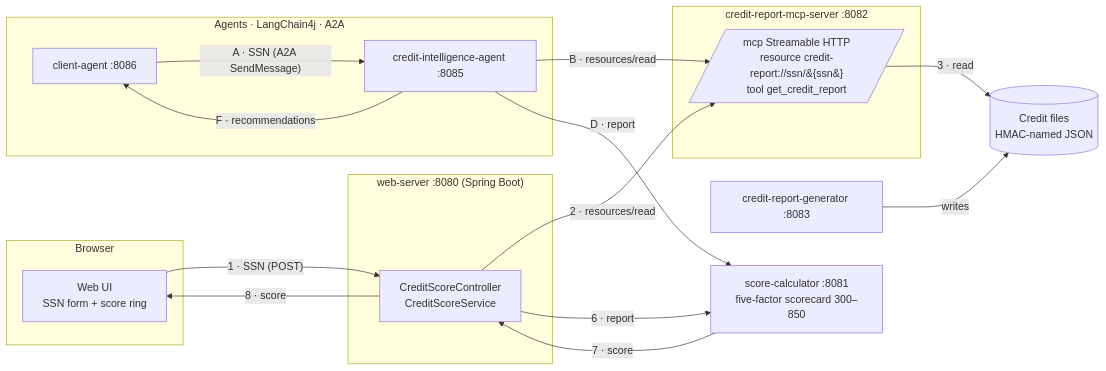
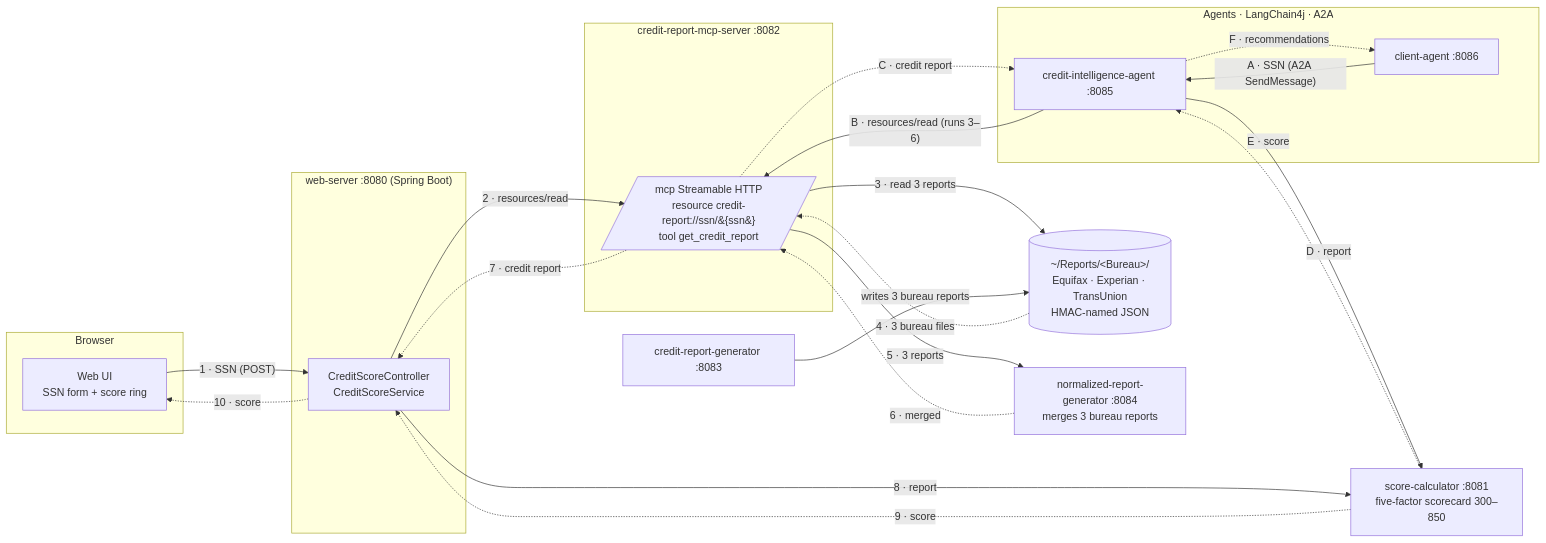
One commit to manojkhanwalkar/creditagent changed the diagram in docs/architecture.md. Above: the diagram before and after it, drawn with Mermaid. The commit also changed other lines of this file and 56 other files, not shown here.

First line of the commit message:
Add multi-bureau reports and Normalized Report Generator (NRG) (#6)

````diff
--- a/docs/architecture.md
+++ b/docs/architecture.md
@@ -5,31 +5,38 @@
 ```mermaid
 flowchart LR
     subgraph Browser
         UI[Web UI<br/>SSN form + score ring]
     end
     subgraph Web["web-server :8080 (Spring Boot)"]
         WS[CreditScoreController<br/>CreditScoreService]
     end
     subgraph MCP["credit-report-mcp-server :8082"]
         M[/mcp Streamable HTTP<br/>resource credit-report://ssn/&#123;ssn&#125;<br/>tool get_credit_report/]
     end
-    FS[(Credit files<br/>HMAC-named JSON)]
+    FS[(~/Reports/&lt;Bureau&gt;/<br/>Equifax · Experian · TransUnion<br/>HMAC-named JSON)]
+    NRG[normalized-report-generator :8084<br/>merges 3 bureau reports]
     GEN[credit-report-generator :8083]
     SC[score-calculator :8081<br/>five-factor scorecard 300–850]
     subgraph Agents["Agents · LangChain4j · A2A"]
         CA[client-agent :8086]
         CIA[credit-intelligence-agent :8085]
     end
 
     UI -- "1 · SSN (POST)" --> WS
     WS -- "2 · resources/read" --> M
-    M -- "3 · read" --> FS
-    WS -- "6 · report" --> SC
-    SC -- "7 · score" --> WS
-    WS -- "8 · score" --> UI
-    GEN -- writes --> FS
+    M -- "3 · read 3 reports" --> FS
+    FS -. "4 · 3 bureau files" .-> M
+    M -- "5 · 3 reports" --> NRG
+    NRG -. "6 · merged" .-> M
+    M -. "7 · credit report" .-> WS
+    WS -- "8 · report" --> SC
+    SC -. "9 · score" .-> WS
+    WS -. "10 · score" .-> UI
+    GEN -- "writes 3 bureau reports" --> FS
     CA -- "A · SSN (A2A SendMessage)" --> CIA
-    CIA -- "B · resources/read" --> M
+    CIA -- "B · resources/read (runs 3–6)" --> M
+    M -. "C · credit report" .-> CIA
     CIA -- "D · report" --> SC
-    CIA -- "F · recommendations" --> CA
+    SC -. "E · score" .-> CIA
+    CIA -. "F · recommendations" .-> CA
 ```
````
